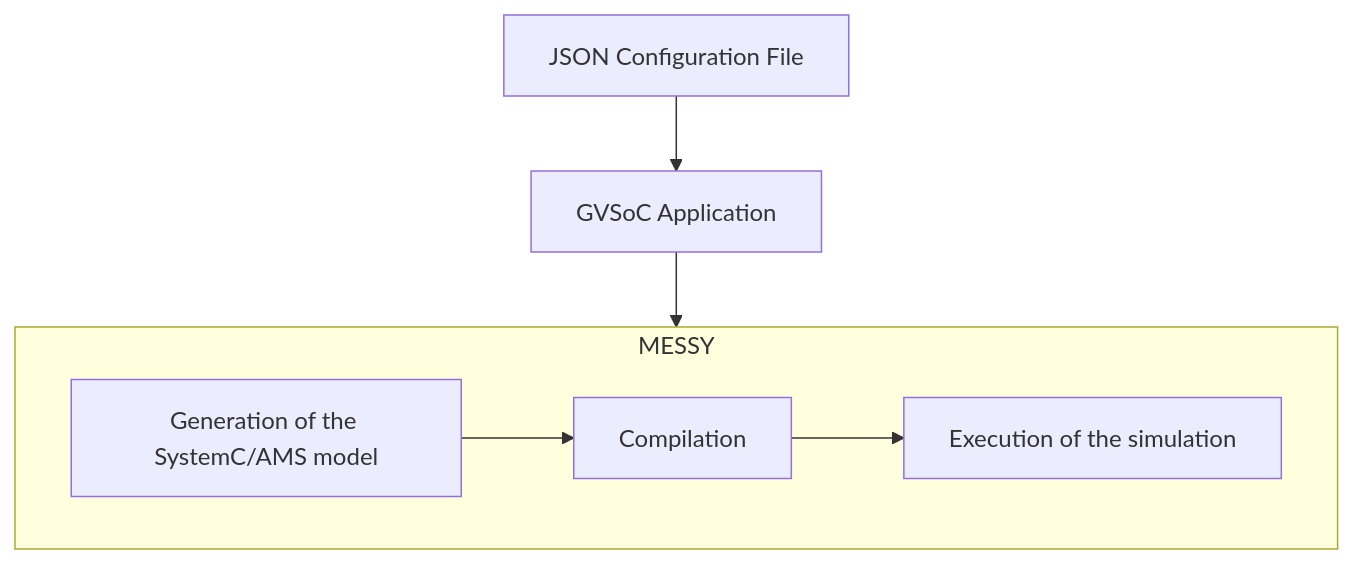
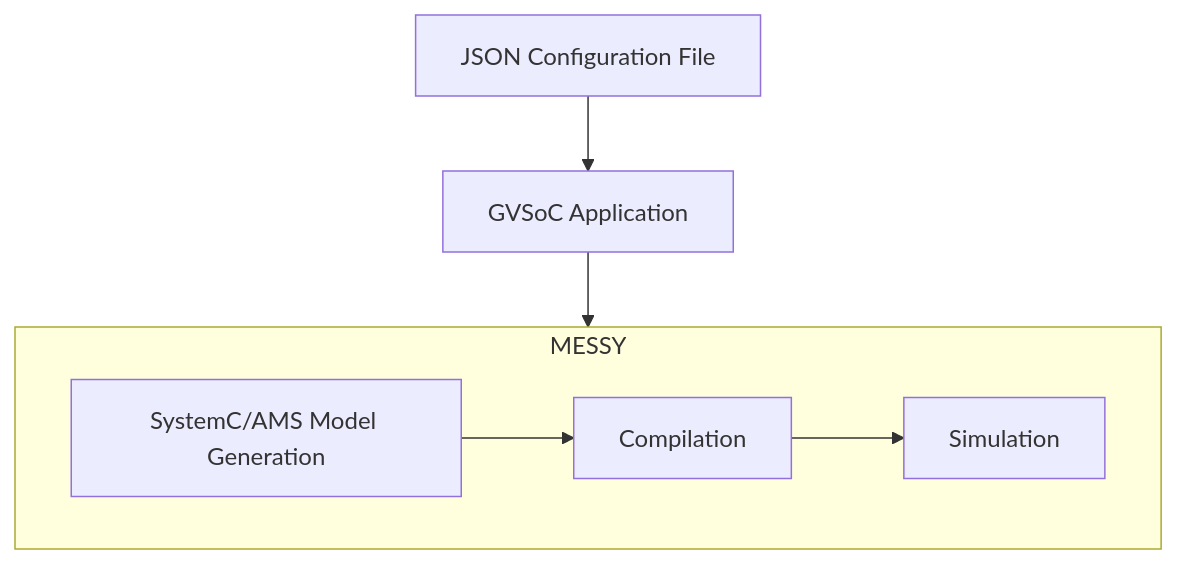
One commit to eml-eda/messy changed the diagram in docs/flow.md. Above: the diagram before and after it, drawn with Mermaid. The commit also changed other lines of this file and 10 other files, not shown here.

````diff
--- a/docs/flow.md
+++ b/docs/flow.md
@@ -3,9 +5,9 @@
 ```mermaid
 graph TD
     A[JSON Configuration File] --> B[GVSoC Application]
     B --> MESSY
     subgraph MESSY
-        D[Generation of the SystemC/AMS model] --> E[Compilation]
-        E --> F[Execution of the simulation]
+        D[SystemC/AMS Model Generation] --> E[Compilation]
+        E --> F[Simulation]
     end
 ```
````
